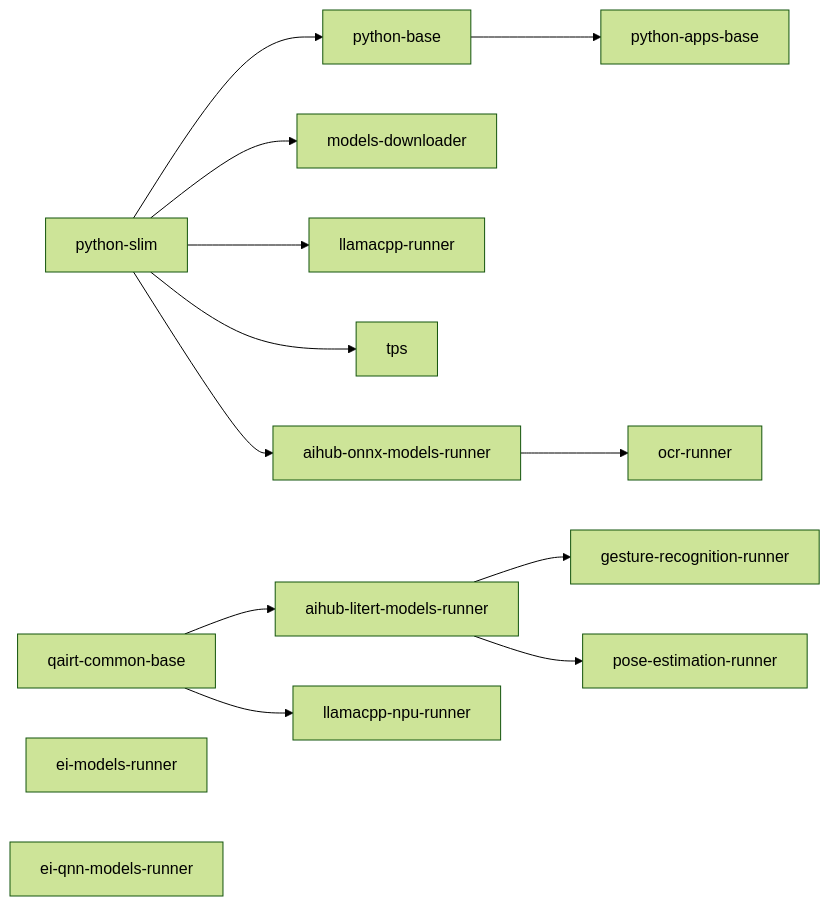
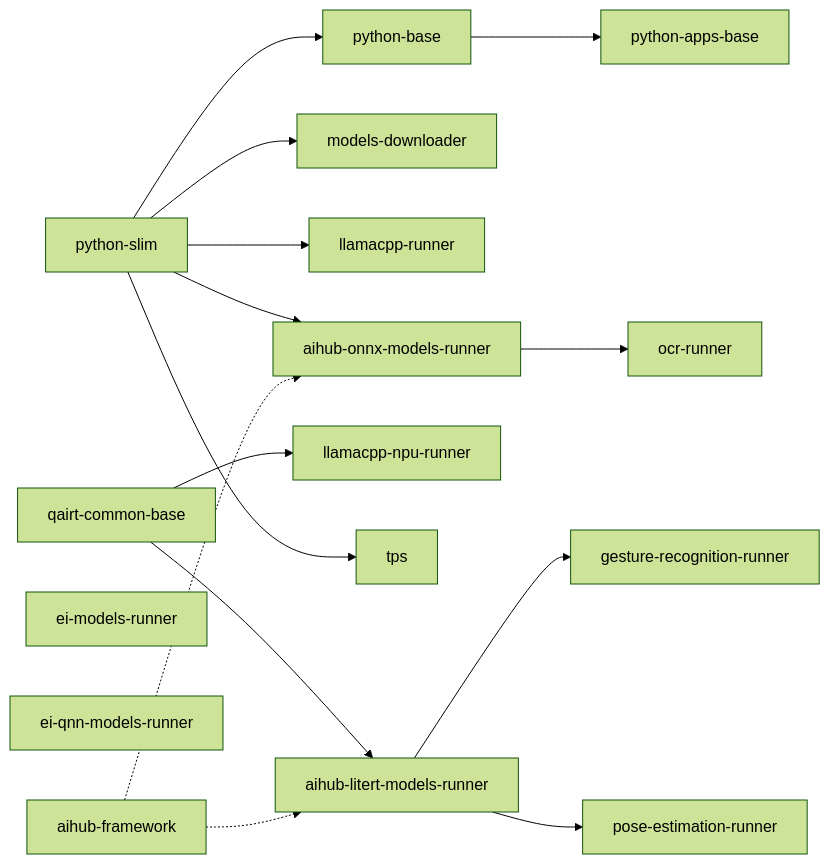
The diagram in containers/README.md (arduino/app-bricks-py), drawn with Mermaid (forest theme) before and after one commit. The commit also changed other lines of this file and 12 other files, not shown here.

````diff
--- a/containers/README.md
+++ b/containers/README.md
@@ -43,13 +44,15 @@
 ```mermaid
 graph LR
   slim[python-slim] --> base[python-base] --> apps[python-apps-base]
   slim --> dl[models-downloader]
   slim --> lcpp[llamacpp-runner]
   qairt[qairt-common-base] --> aihub[aihub-litert-models-runner] --> gesture[gesture-recognition-runner]
   aihub --> pose[pose-estimation-runner]
   qairt --> lcppnpu[llamacpp-npu-runner]
   ei[ei-models-runner]
   eiqnn[ei-qnn-models-runner]
   slim --> tps[tps]
   slim --> aihubonnx[aihub-onnx-models-runner] --> ocr[ocr-runner]
+  fw[aihub-framework] -.-> aihub
+  fw -.-> aihubonnx
 ```
````
